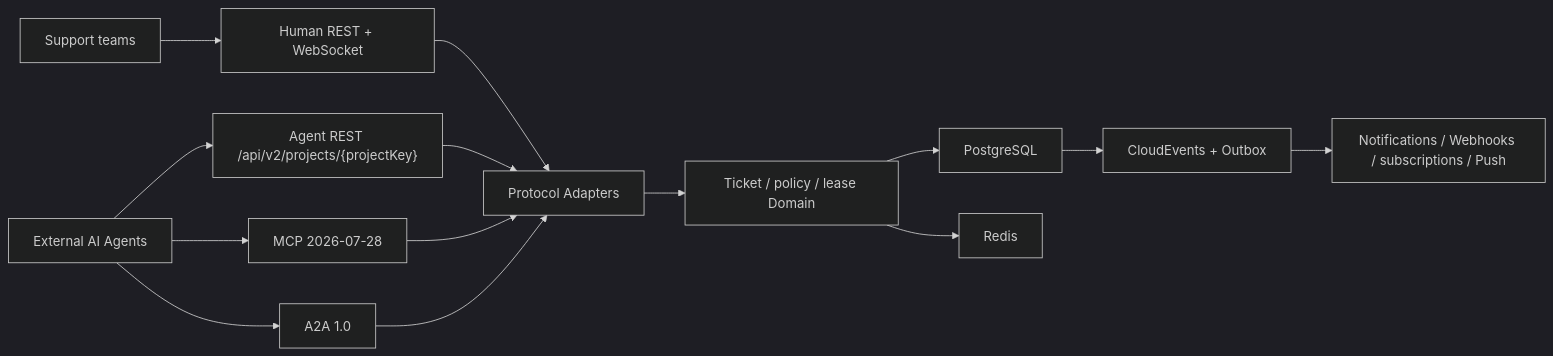
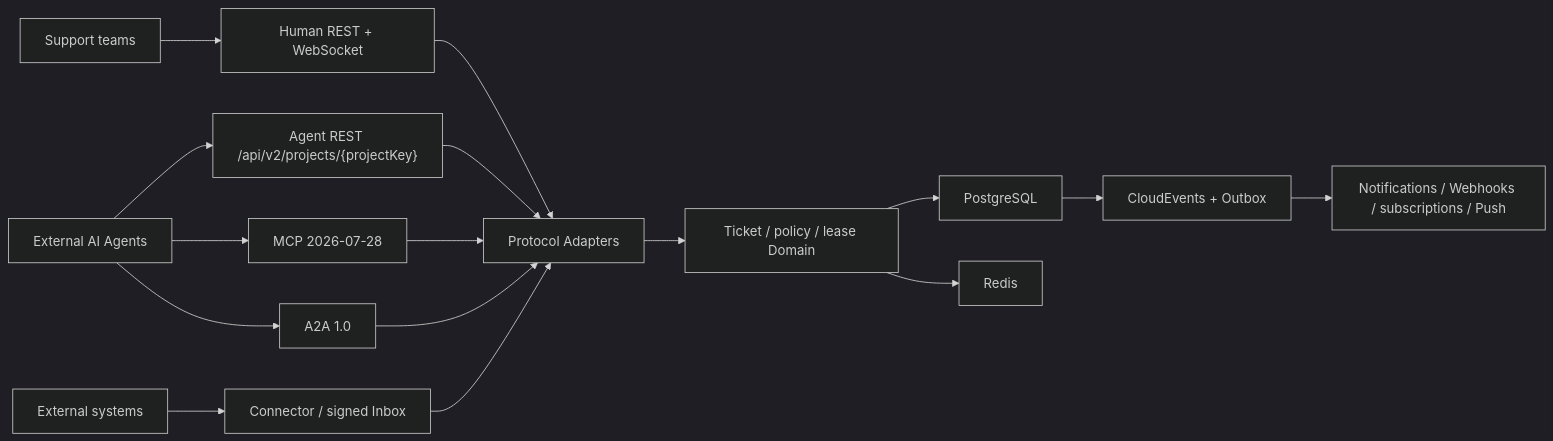
Before and after one commit to seaworld008/chronodesk: the diagram in README.md, drawn with Mermaid (dark theme). The commit also changed other lines of this file and 327 other files, not shown here.

````diff
--- a/README.md
+++ b/README.md
@@ -117,16 +149,18 @@
 ```mermaid
 flowchart LR
     Users["Support teams"] --> Human["Human REST + WebSocket"]
     Agents["External AI Agents"] --> REST["Agent REST /api/v2/projects/{projectKey}"]
     Agents --> MCP["MCP 2026-07-28"]
     Agents --> A2A["A2A 1.0"]
+    Systems["External systems"] --> Connector["Connector / signed Inbox"]
     Human --> Adapters["Protocol Adapters"]
     REST --> Adapters
     MCP --> Adapters
     A2A --> Adapters
+    Connector --> Adapters
     Adapters --> Domain["Ticket / policy / lease Domain"]
     Domain --> PG["PostgreSQL"]
     Domain --> Redis["Redis"]
     PG --> Outbox["CloudEvents + Outbox"]
     Outbox --> Integrations["Notifications / Webhooks / subscriptions / Push"]
 ```
````
